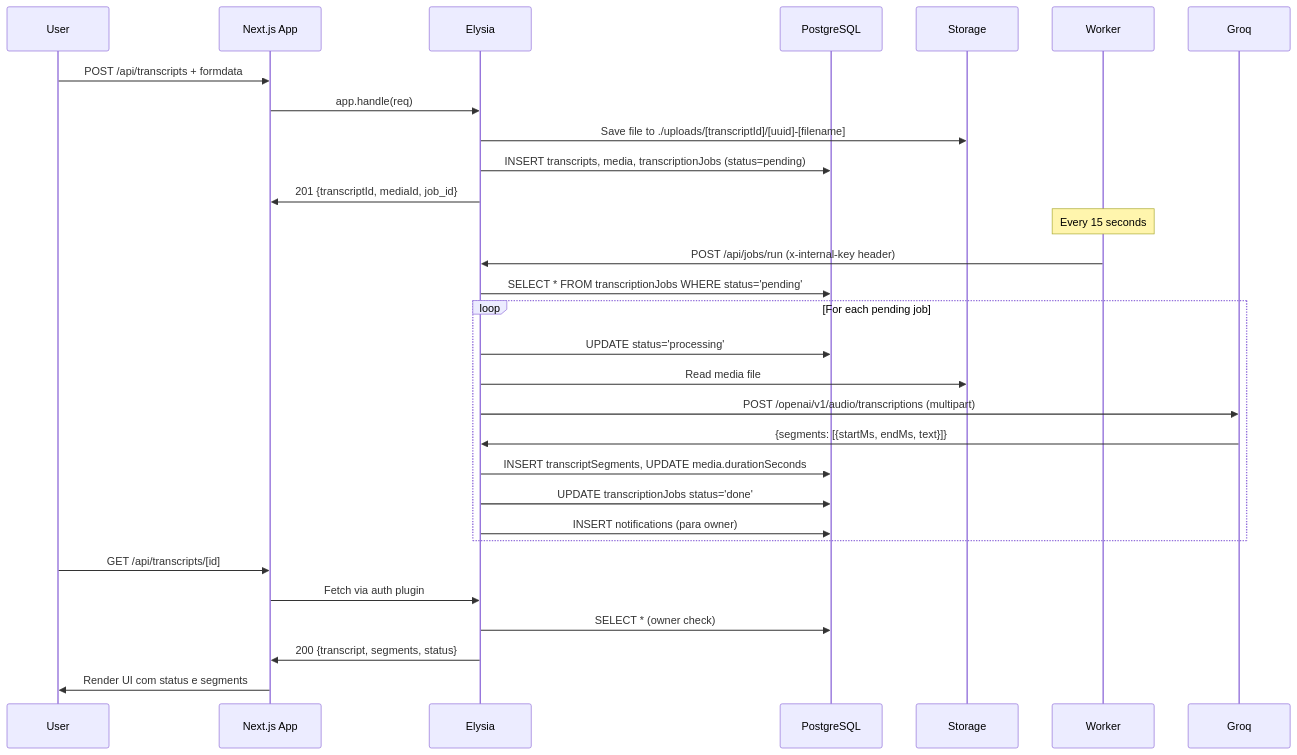
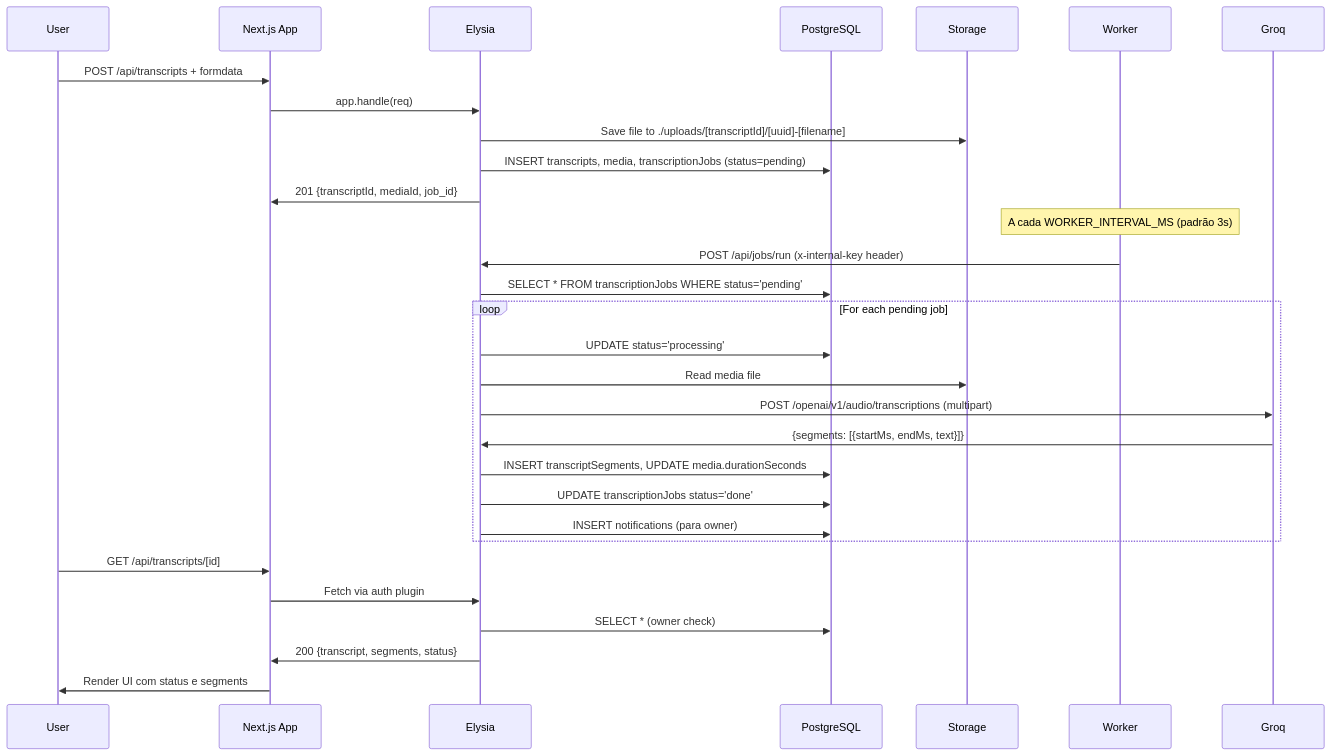
Before and after one commit to carlosrobertodevops/transcripts: the second of 2 diagrams in docs/SDD.md, drawn with Mermaid. The commit also changed other lines of this file and 16 other files, not shown here.

````diff
--- a/docs/SDD.md
+++ b/docs/SDD.md
@@ -67,35 +67,35 @@
 ```mermaid
 sequenceDiagram
     participant User
     participant NextApp as Next.js App
     participant Elysia
     participant PG as PostgreSQL
     participant Storage
     participant Worker
     participant Groq
 
     User->>NextApp: POST /api/transcripts + formdata
     NextApp->>Elysia: app.handle(req)
     Elysia->>Storage: Save file to ./uploads/[transcriptId]/[uuid]-[filename]
     Elysia->>PG: INSERT transcripts, media, transcriptionJobs (status=pending)
     Elysia->>NextApp: 201 {transcriptId, mediaId, job_id}
 
-    Note over Worker: Every 15 seconds
+    Note over Worker: A cada WORKER_INTERVAL_MS (padrão 3s)
     Worker->>Elysia: POST /api/jobs/run (x-internal-key header)
     Elysia->>PG: SELECT * FROM transcriptionJobs WHERE status='pending'
     loop For each pending job
         Elysia->>PG: UPDATE status='processing'
         Elysia->>Storage: Read media file
         Elysia->>Groq: POST /openai/v1/audio/transcriptions (multipart)
         Groq->>Elysia: {segments: [{startMs, endMs, text}]}
         Elysia->>PG: INSERT transcriptSegments, UPDATE media.durationSeconds
         Elysia->>PG: UPDATE transcriptionJobs status='done'
         Elysia->>PG: INSERT notifications (para owner)
     end
 
     User->>NextApp: GET /api/transcripts/[id]
     NextApp->>Elysia: Fetch via auth plugin
     Elysia->>PG: SELECT * (owner check)
     Elysia->>NextApp: 200 {transcript, segments, status}
     NextApp->>User: Render UI com status e segments
 ```
````
